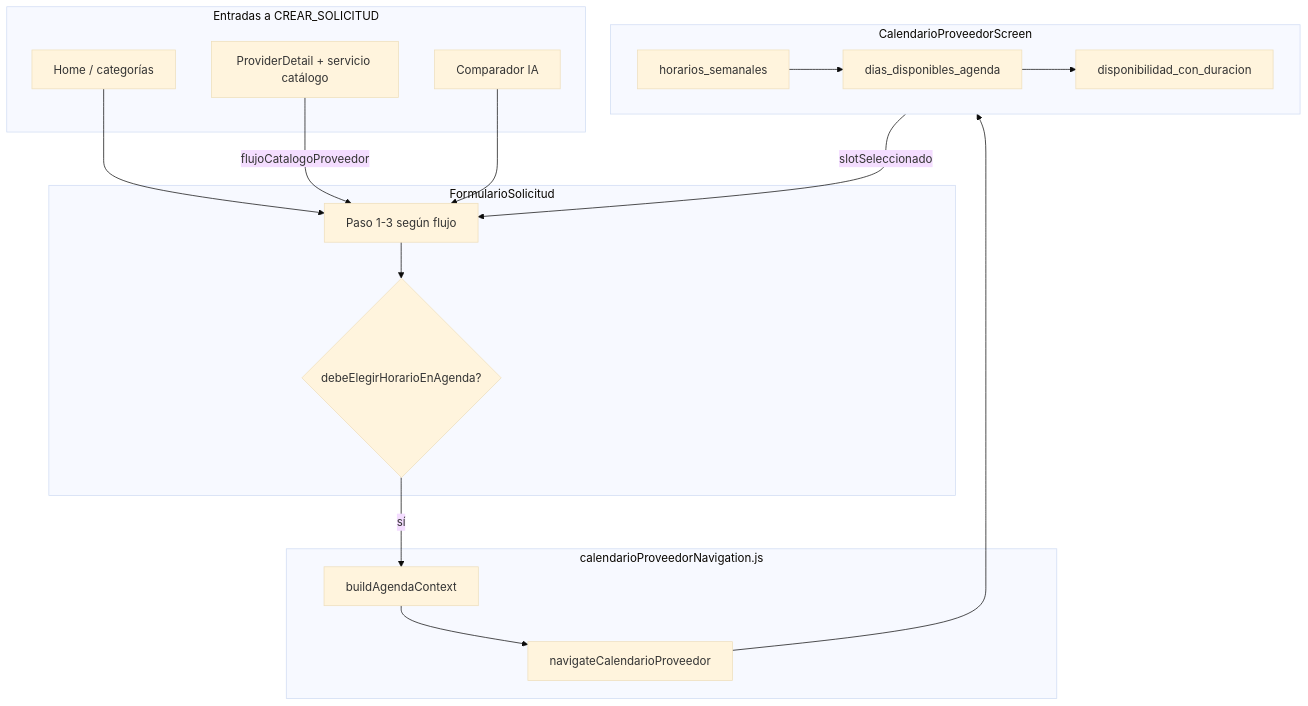
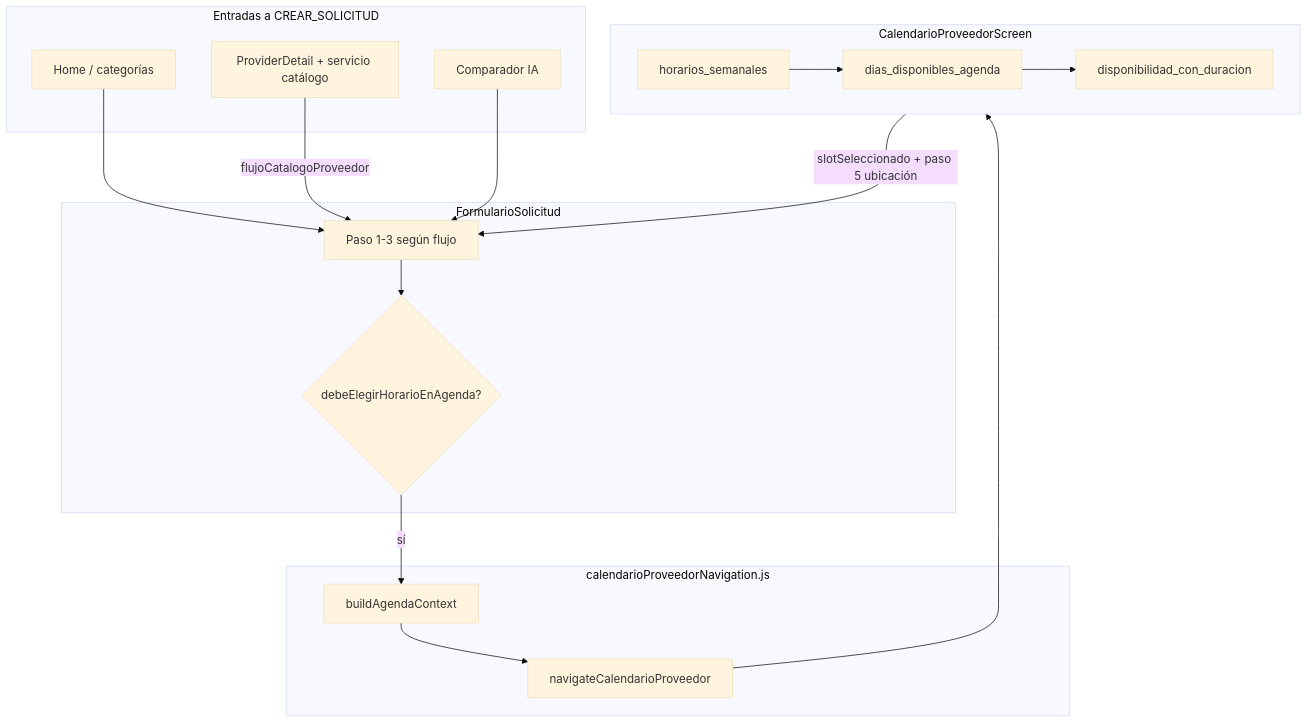
Before and after one commit to Sebas2587/mecanimovil-usuarios: the diagram in openspec/changes/agendamiento-calendario-contexto-unificado/design.md, drawn with Mermaid (base theme). The commit also changed 32 other files, not shown here.

````diff
--- a/openspec/changes/agendamiento-calendario-contexto-unificado/design.md
+++ b/openspec/changes/agendamiento-calendario-contexto-unificado/design.md
@@ -8,33 +8,33 @@
 ```mermaid
 flowchart TD
   subgraph entradas [Entradas a CREAR_SOLICITUD]
     A[Home / categorías]
     B[ProviderDetail + servicio catálogo]
     C[Comparador IA]
   end
 
   subgraph form [FormularioSolicitud]
     F1[Paso 1-3 según flujo]
     F2{debeElegirHorarioEnAgenda?}
   end
 
   subgraph nav [calendarioProveedorNavigation.js]
     BC[buildAgendaContext]
     NV[navigateCalendarioProveedor]
   end
 
   subgraph cal [CalendarioProveedorScreen]
     API1[horarios_semanales]
     API2[dias_disponibles_agenda]
     API3[disponibilidad_con_duracion]
   end
 
   A --> F1
   B -->|flujoCatalogoProveedor| F1
   C --> F1
   F1 --> F2
   F2 -->|sí| BC --> NV --> cal
   API1 --> API2
   API2 --> API3
-  cal -->|slotSeleccionado| F1
+  cal -->|slotSeleccionado + paso 5 ubicación| F1
 ```
````
